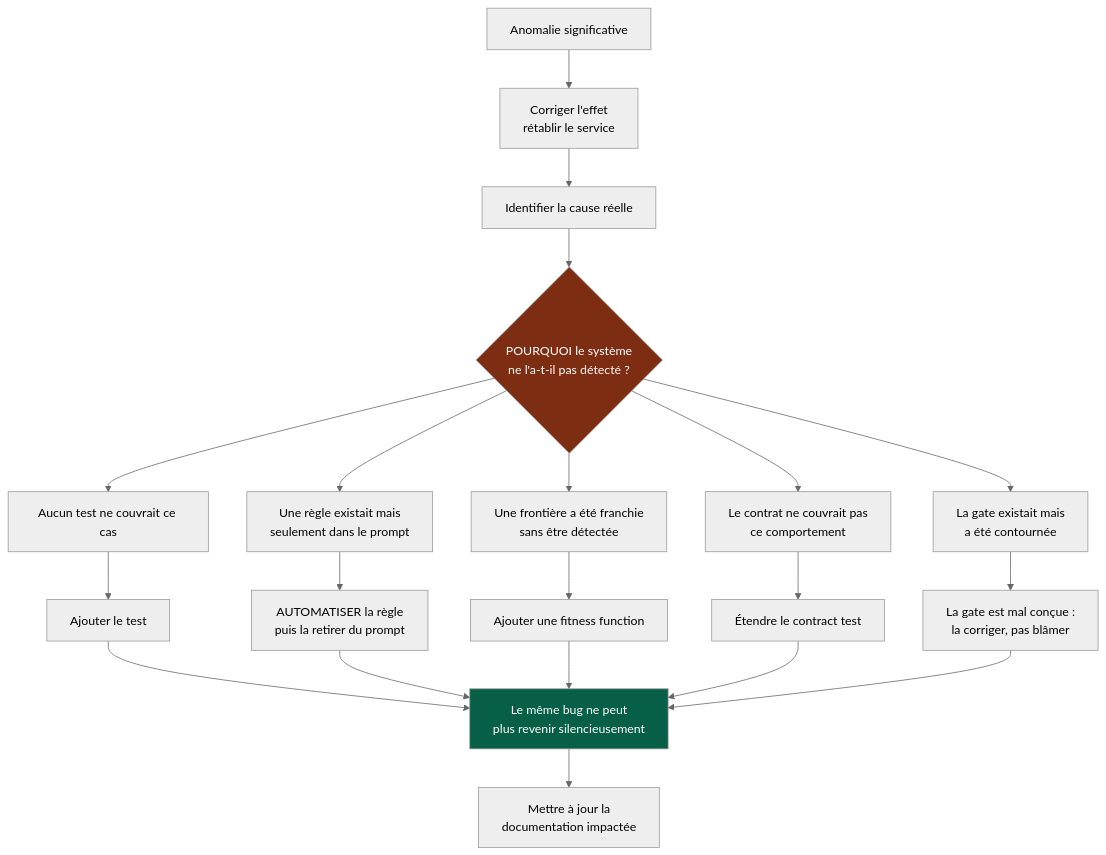
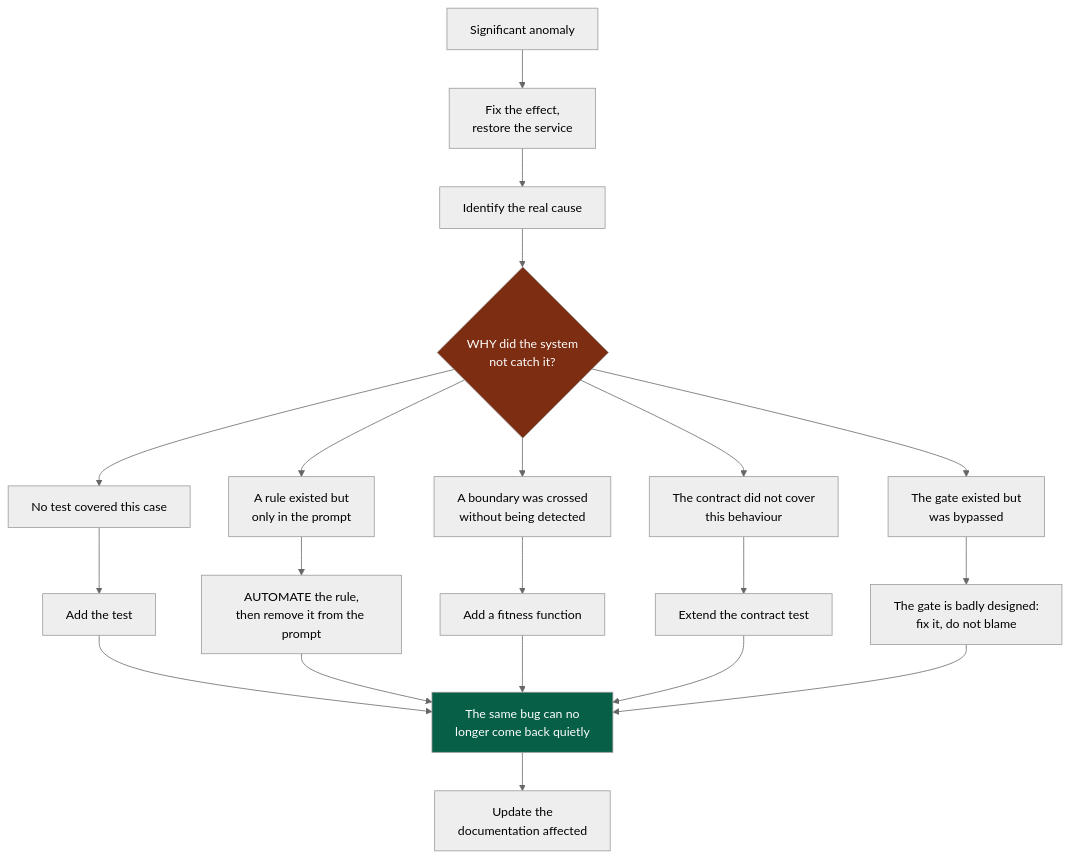
Before and after one commit to NapkinStack/engineering-os: the second of 2 diagrams in skeleton/docs/os/10-measurement.md, drawn with Mermaid (neutral theme). The commit also changed other lines of this file, not shown here.

````diff
--- a/skeleton/docs/os/10-measurement.md
+++ b/skeleton/docs/os/10-measurement.md
@@ -106,29 +104,29 @@
 ```mermaid
 flowchart TD
-    A["Anomalie significative"] --> B["Corriger l'effet<br/>rétablir le service"]
-    B --> C["Identifier la cause réelle"]
-    C --> D{"POURQUOI le système<br/>ne l'a-t-il pas détecté ?"}
+    A["Significant anomaly"] --> B["Fix the effect,<br/>restore the service"]
+    B --> C["Identify the real cause"]
+    C --> D{"WHY did the system<br/>not catch it?"}
 
-    D --> E1["Aucun test ne couvrait ce cas"]
-    D --> E2["Une règle existait mais<br/>seulement dans le prompt"]
-    D --> E3["Une frontière a été franchie<br/>sans être détectée"]
-    D --> E4["Le contrat ne couvrait pas<br/>ce comportement"]
-    D --> E5["La gate existait mais<br/>a été contournée"]
+    D --> E1["No test covered this case"]
+    D --> E2["A rule existed but<br/>only in the prompt"]
+    D --> E3["A boundary was crossed<br/>without being detected"]
+    D --> E4["The contract did not cover<br/>this behaviour"]
+    D --> E5["The gate existed but<br/>was bypassed"]
 
-    E1 --> F["Ajouter le test"]
-    E2 --> G["AUTOMATISER la règle<br/>puis la retirer du prompt"]
-    E3 --> H["Ajouter une fitness function"]
-    E4 --> I["Étendre le contract test"]
-    E5 --> J["La gate est mal conçue :<br/>la corriger, pas blâmer"]
+    E1 --> F["Add the test"]
+    E2 --> G["AUTOMATE the rule,<br/>then remove it from the prompt"]
+    E3 --> H["Add a fitness function"]
+    E4 --> I["Extend the contract test"]
+    E5 --> J["The gate is badly designed:<br/>fix it, do not blame"]
 
-    F --> K["Le même bug ne peut<br/>plus revenir silencieusement"]
+    F --> K["The same bug can no<br/>longer come back quietly"]
     G --> K
     H --> K
     I --> K
     J --> K
 
-    K --> L["Mettre à jour la<br/>documentation impactée"]
+    K --> L["Update the<br/>documentation affected"]
 
     style D fill:#7c2d12,color:#fff
     style K fill:#065f46,color:#fff
 ```
````
